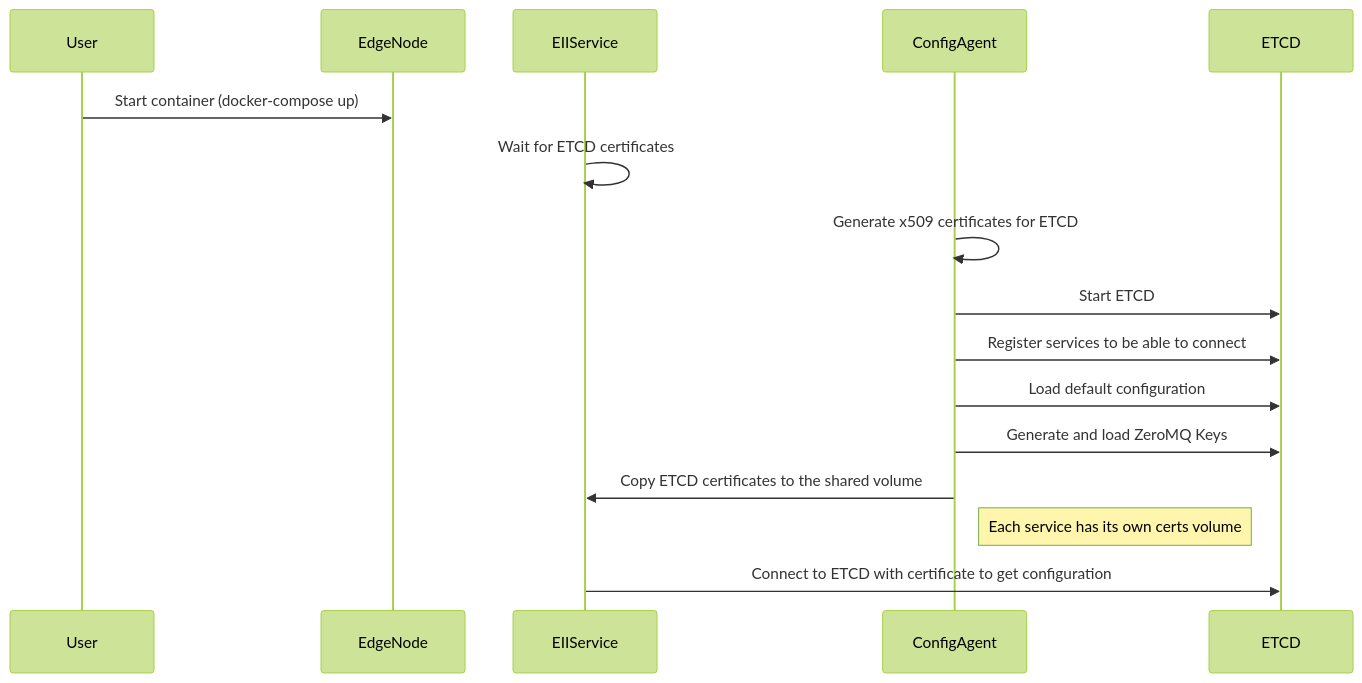
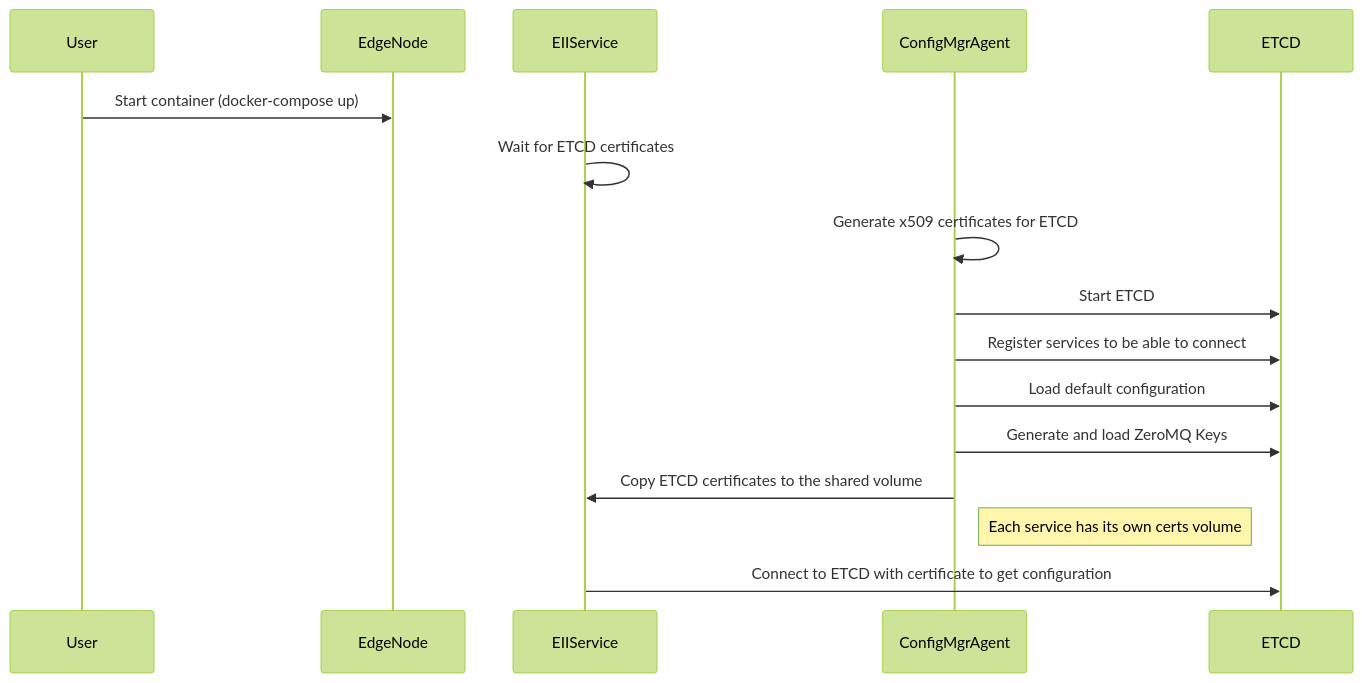
One commit to open-edge-insights/eii-configmgr-agent changed the diagram in README.md. Above: the diagram before and after it, drawn with Mermaid (forest theme). The commit also changed other lines of this file, not shown here.

````diff
--- a/README.md
+++ b/README.md
@@ -46,21 +14,21 @@
 ```mermaid
 %% name: eii_proposed_provisioning_process
 
 sequenceDiagram
     participant User
     participant EdgeNode
     participant EIIService
-    Participant ConfigAgent
+    Participant ConfigMgrAgent
     participant ETCD
 
     User->>EdgeNode: Start container (docker-compose up)
     EIIService->>EIIService: Wait for ETCD certificates
-    ConfigAgent->>ConfigAgent: Generate x509 certificates for ETCD
-    ConfigAgent->>ETCD: Start ETCD
-    ConfigAgent->>ETCD: Register services to be able to connect
-    ConfigAgent->>ETCD: Load default configuration
-    ConfigAgent->>ETCD: Generate and load ZeroMQ Keys
-    ConfigAgent->>EIIService: Copy ETCD certificates to the shared volume
-    Note right of ConfigAgent: Each service has its own certs volume
+    ConfigMgrAgent->>ConfigMgrAgent: Generate x509 certificates for ETCD
+    ConfigMgrAgent->>ETCD: Start ETCD
+    ConfigMgrAgent->>ETCD: Register services to be able to connect
+    ConfigMgrAgent->>ETCD: Load default configuration
+    ConfigMgrAgent->>ETCD: Generate and load ZeroMQ Keys
+    ConfigMgrAgent->>EIIService: Copy ETCD certificates to the shared volume
+    Note right of ConfigMgrAgent: Each service has its own certs volume
     EIIService->>ETCD: Connect to ETCD with certificate to get configuration
 ```
````
